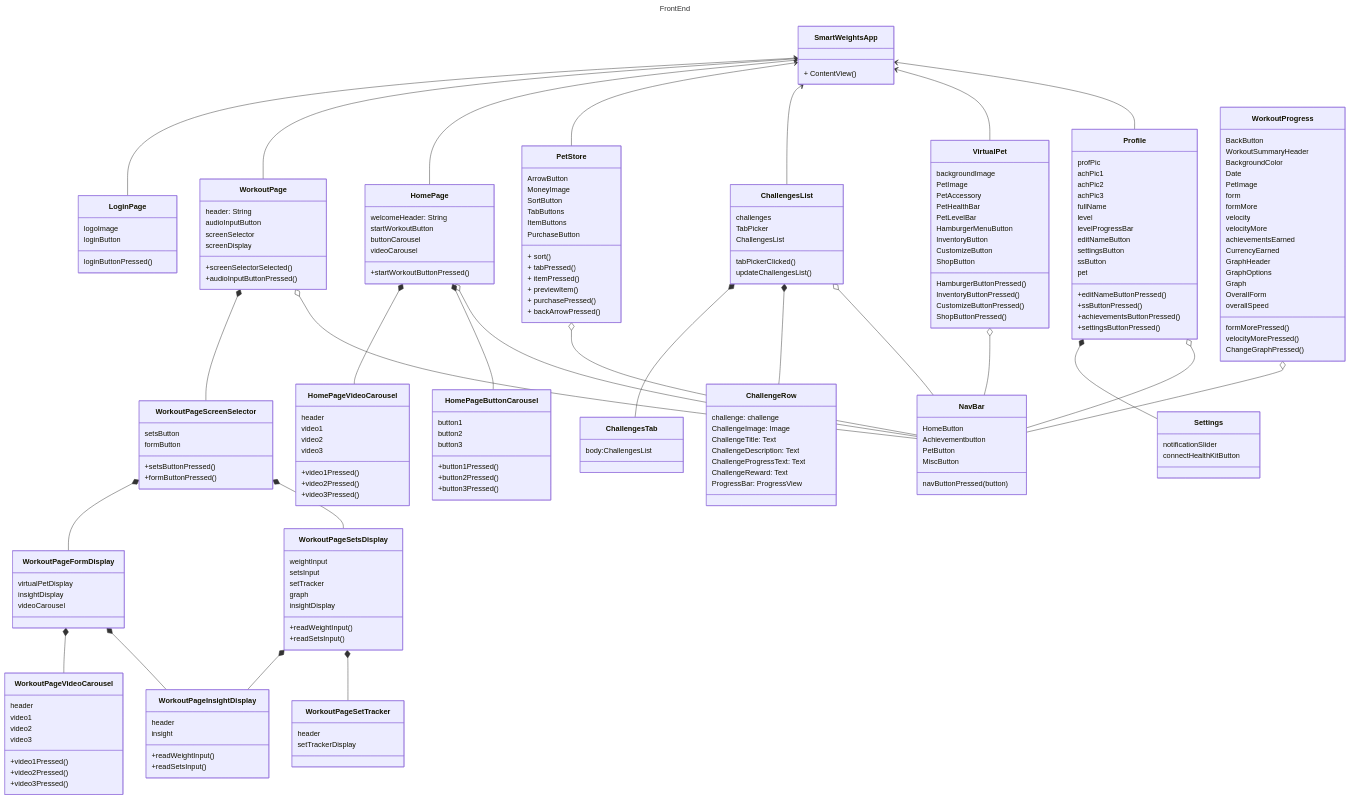
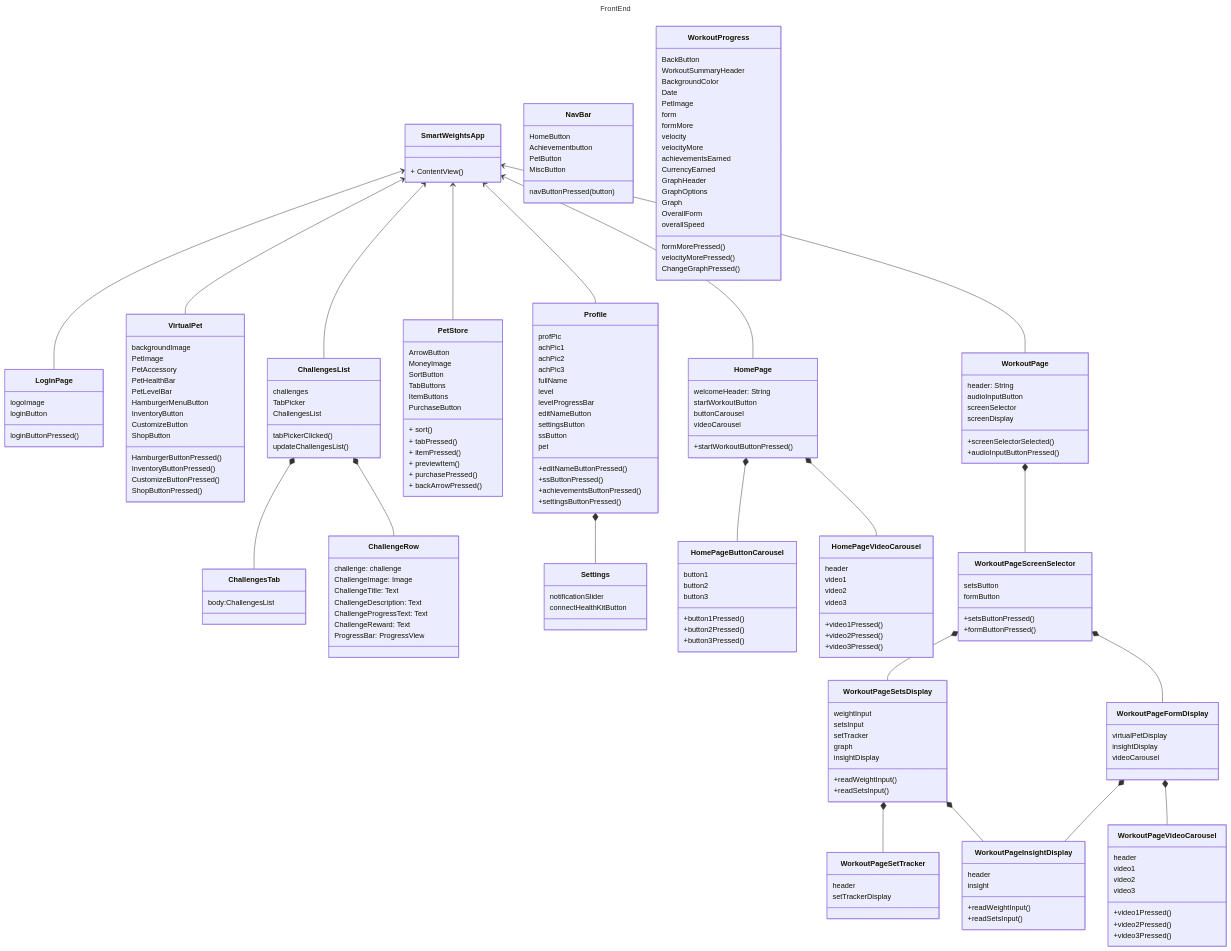
One commit to Capstone-Projects-2024-Spring/project-smartweights changed the first of 2 diagrams in documentation/docs/system-architecture/class-diagram.md. Above: the diagram before and after it, drawn with Mermaid.

```diff
--- a/documentation/docs/system-architecture/class-diagram.md
+++ b/documentation/docs/system-architecture/class-diagram.md
@@ -208,13 +208,6 @@
     SmartWeightsApp <-- LoginPage
     %% MainApp *-- NavBar
    
-    Profile o-- NavBar
-    VirtualPet o-- NavBar
-    ChallengesList o-- NavBar
-    PetStore o-- NavBar
-    HomePage o-- NavBar
-    WorkoutPage o-- NavBar
-    WorkoutProgress o-- NavBar
     
     %% NavBar --o Profile
     %% NavBar --o VirtualPet
```
